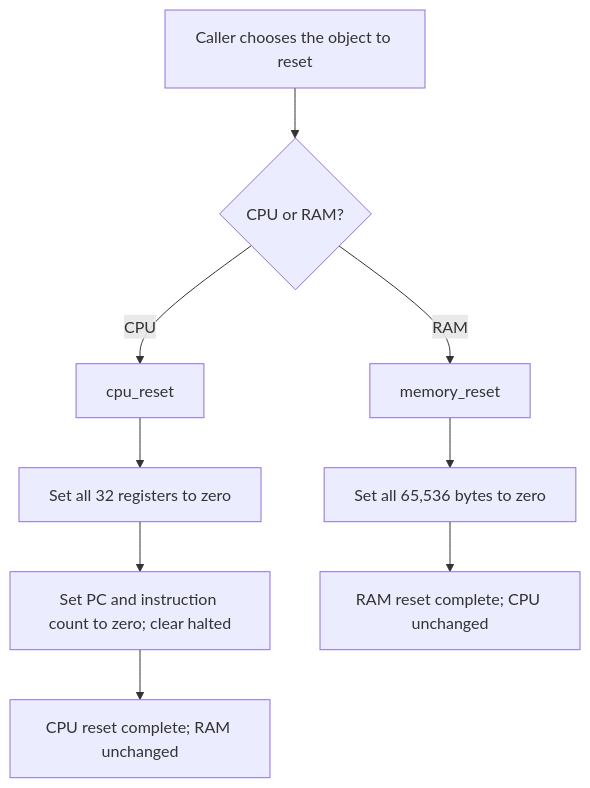
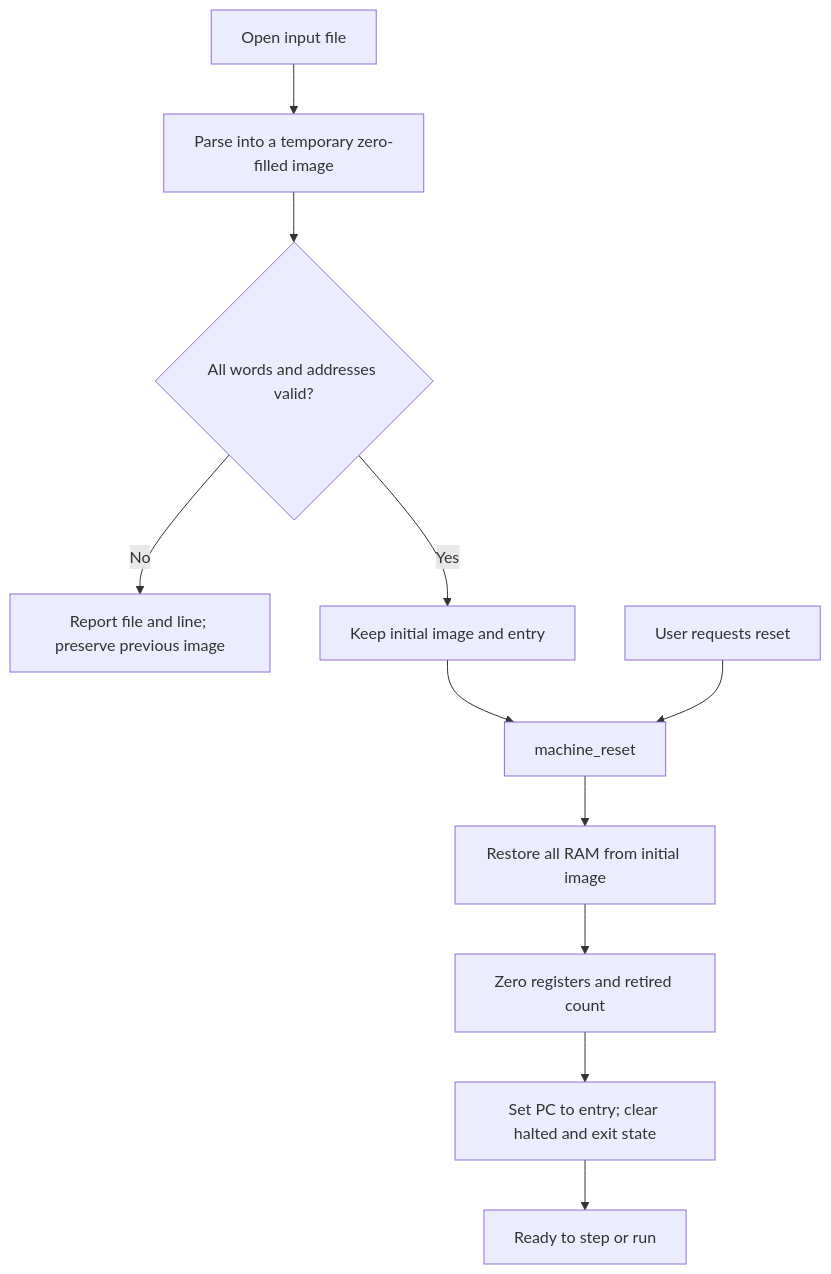
The second of 12 diagrams in docs/FLOWCHARTS.md (IcaroRamosDM/riscv32-simulator), drawn with Mermaid before and after one commit. The commit also changed other lines of this file and 33 other files, not shown here.

Commit message:
feat: complete RV32I core and command-line monitor

````diff
--- a/docs/FLOWCHARTS.md
+++ b/docs/FLOWCHARTS.md
@@ -41,11 +33,13 @@
 ```mermaid
 flowchart TD
-    CALL["Caller chooses the object to reset"] --> WHICH{"CPU or RAM?"}
-    WHICH -->|"CPU"| CPU["cpu_reset"]
-    CPU --> REGS["Set all 32 registers to zero"]
-    REGS --> STATE["Set PC and instruction count to zero; clear halted"]
-    STATE --> CDONE["CPU reset complete; RAM unchanged"]
-    WHICH -->|"RAM"| RAM["memory_reset"]
-    RAM --> BYTES["Set all 65,536 bytes to zero"]
-    BYTES --> MDONE["RAM reset complete; CPU unchanged"]
+    START["Open input file"] --> TEMP["Parse into a temporary zero-filled image"]
+    TEMP --> VALID{"All words and addresses valid?"}
+    VALID -->|No| ERROR["Report file and line; preserve previous image"]
+    VALID -->|Yes| KEEP["Keep initial image and entry"]
+    KEEP --> RESET["machine_reset"]
+    RESET --> RAM["Restore all RAM from initial image"]
+    RAM --> CPU["Zero registers and retired count"]
+    CPU --> PC["Set PC to entry; clear halted and exit state"]
+    PC --> READY["Ready to step or run"]
+    USER["User requests reset"] --> RESET
 ```
````
